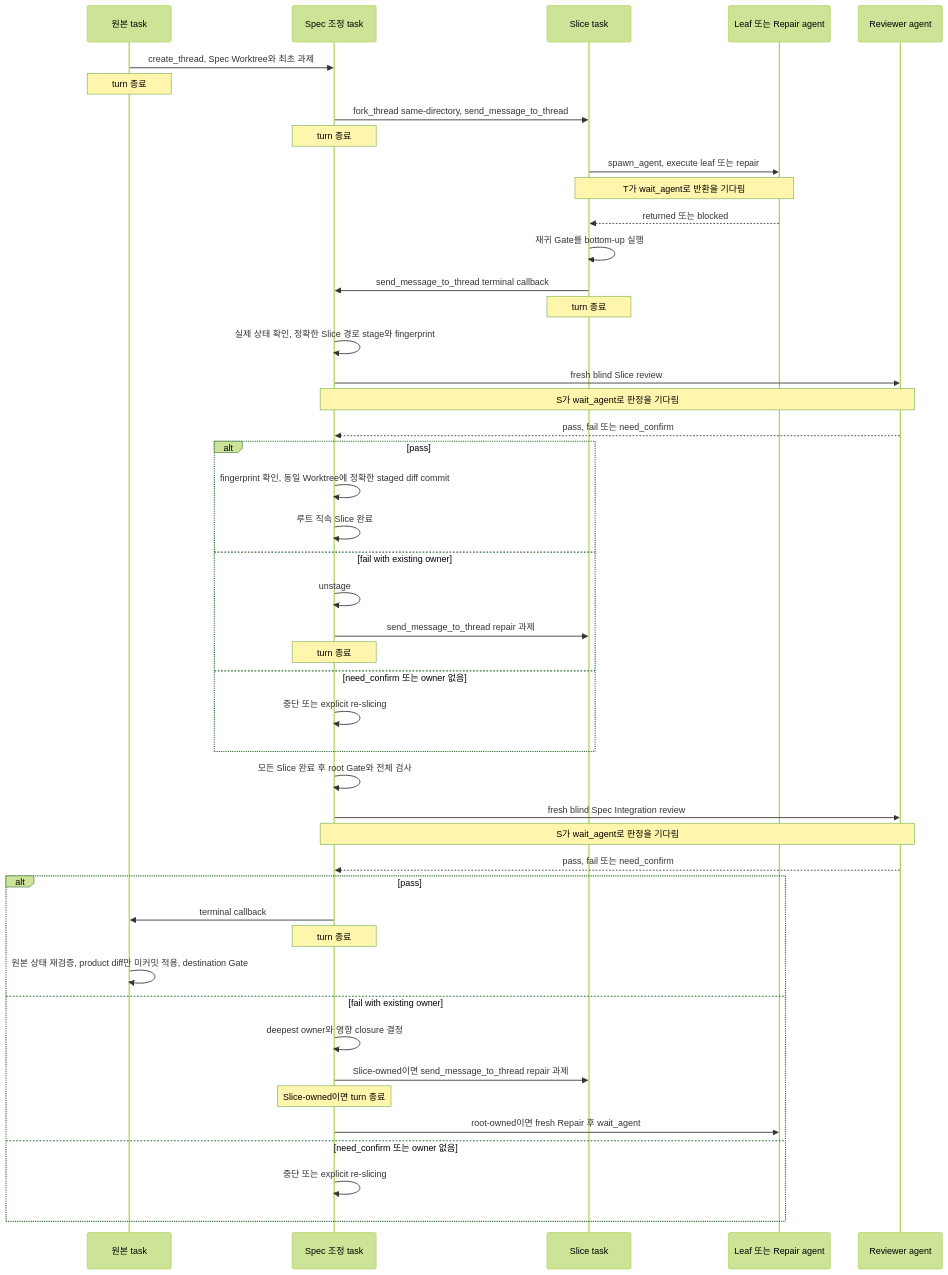
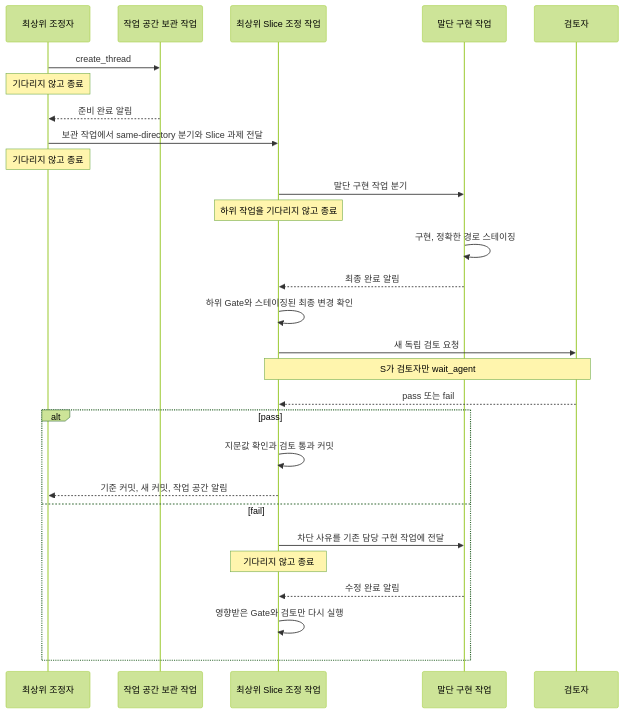
Before and after one commit to semisemil/codex-proofline: the third of 3 diagrams in docs/start-implementation-execution-skeleton.md, drawn with Mermaid (forest theme). The commit also changed other lines of this file and 65 other files, not shown here.

````diff
--- a/docs/start-implementation-execution-skeleton.md
+++ b/docs/start-implementation-execution-skeleton.md
@@ -72,49 +77,31 @@
 ```mermaid
 sequenceDiagram
-    participant O as 원본 task
-    participant S as Spec 조정 task
-    participant T as Slice task
-    participant A as Leaf 또는 Repair agent
-    participant R as Reviewer agent
+    participant O as 최상위 조정자
+    participant H as 작업 공간 보관 작업
+    participant S as 최상위 Slice 조정 작업
+    participant L as 말단 구현 작업
+    participant R as 검토자
 
-    O->>S: create_thread, Spec Worktree와 최초 과제
-    Note over O: turn 종료
-    S->>T: fork_thread same-directory, send_message_to_thread
-    Note over S: turn 종료
-    T->>A: spawn_agent, execute leaf 또는 repair
-    Note over T,A: T가 wait_agent로 반환을 기다림
-    A-->>T: returned 또는 blocked
-    T->>T: 재귀 Gate를 bottom-up 실행
-    T->>S: send_message_to_thread terminal callback
-    Note over T: turn 종료
-    S->>S: 실제 상태 확인, 정확한 Slice 경로 stage와 fingerprint
-    S->>R: fresh blind Slice review
-    Note over S,R: S가 wait_agent로 판정을 기다림
-    R-->>S: pass, fail 또는 need_confirm
+    O->>H: create_thread
+    Note over O: 기다리지 않고 종료
+    H-->>O: 준비 완료 알림
+    O->>S: 보관 작업에서 same-directory 분기와 Slice 과제 전달
+    Note over O: 기다리지 않고 종료
+    S->>L: 말단 구현 작업 분기
+    Note over S: 하위 작업을 기다리지 않고 종료
+    L->>L: 구현, 정확한 경로 스테이징
+    L-->>S: 최종 완료 알림
+    S->>S: 하위 Gate와 스테이징된 최종 변경 확인
+    S->>R: 새 독립 검토 요청
+    Note over S,R: S가 검토자만 wait_agent
+    R-->>S: pass 또는 fail
     alt pass
-        S->>S: fingerprint 확인, 동일 Worktree에 정확한 staged diff commit
-        S->>S: 루트 직속 Slice 완료
-    else fail with existing owner
-        S->>S: unstage
-        S->>T: send_message_to_thread repair 과제
-        Note over S: turn 종료
-    else need_confirm 또는 owner 없음
-        S->>S: 중단 또는 explicit re-slicing
-    end
-    S->>S: 모든 Slice 완료 후 root Gate와 전체 검사
-    S->>R: fresh blind Spec Integration review
-    Note over S,R: S가 wait_agent로 판정을 기다림
-    R-->>S: pass, fail 또는 need_confirm
-    alt pass
-        S->>O: terminal callback
-        Note over S: turn 종료
-        O->>O: 원본 상태 재검증, product diff만 미커밋 적용, destination Gate
-    else fail with existing owner
-        S->>S: deepest owner와 영향 closure 결정
-        S->>T: Slice-owned이면 send_message_to_thread repair 과제
-        Note over S: Slice-owned이면 turn 종료
-        S->>A: root-owned이면 fresh Repair 후 wait_agent
-    else need_confirm 또는 owner 없음
-        S->>S: 중단 또는 explicit re-slicing
+        S->>S: 지문값 확인과 검토 통과 커밋
+        S-->>O: 기준 커밋, 새 커밋, 작업 공간 알림
+    else fail
+        S->>L: 차단 사유를 기존 담당 구현 작업에 전달
+        Note over S: 기다리지 않고 종료
+        L-->>S: 수정 완료 알림
+        S->>S: 영향받은 Gate와 검토만 다시 실행
     end
 ```
````
